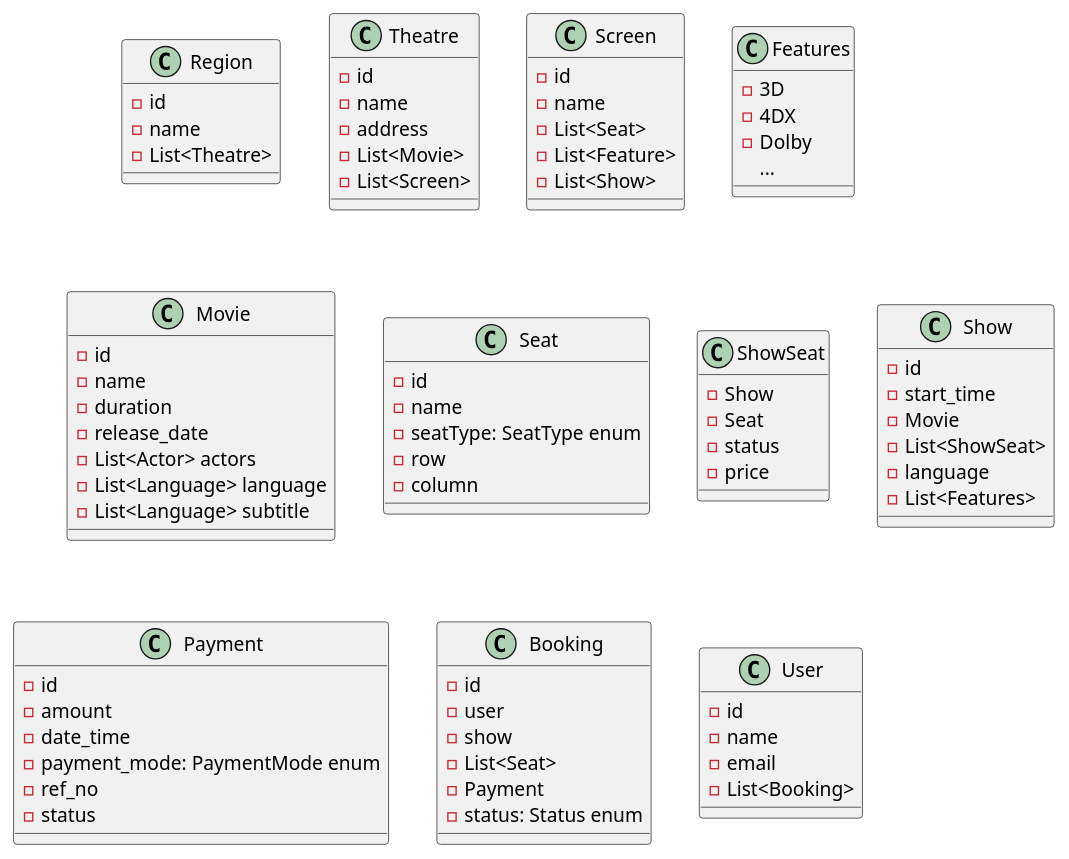
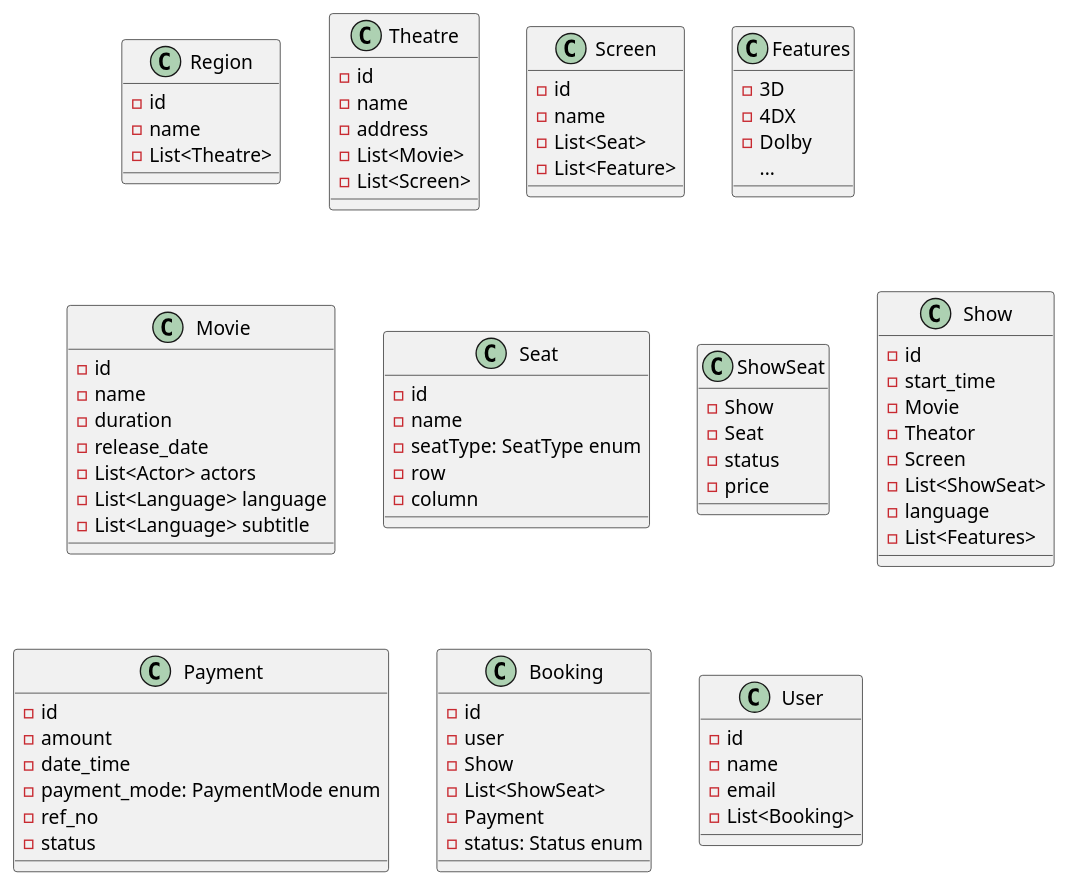
One commit to Chitlangia-Vedant/Obsidian changed the diagram in System Design/07. Book My Show.md. Above: the diagram before and after it, drawn with PlantUML. The commit also changed other lines of this file, not shown here.

Commit message:
vault backup: 2026-09-18 17:14:37

````diff
--- a/System Design/07. Book My Show.md
+++ b/System Design/07. Book My Show.md
@@ -32,81 +32,82 @@
 ```plantuml
 @startuml
 class Region{
 	-id
 	-name
 	-List<Theatre>
 }
 class Theatre{
 	-id
 	-name
 	-address
 	-List<Movie>
 	-List<Screen>
 }
 class Screen{
 	-id
 	-name
 	-List<Seat>
 	-List<Feature> 
-	-List<Show>
 }
 class Features{
 	-3D
 	-4DX
 	-Dolby
 	...
 }
 class Movie{
 	-id
 	-name
 	-duration
 	-release_date
 	-List<Actor> actors
 	-List<Language> language
 	-List<Language> subtitle
 }
 class Seat{
 	-id
 	-name
 	-seatType: SeatType enum
 	-row
 	-column
 }
 class ShowSeat{
 	-Show
 	-Seat
 	-status
 	-price
 }
 class Show{
 	-id
 	-start_time
 	-Movie
+	-Theator
+	-Screen
 	-List<ShowSeat>
 	-language
 	-List<Features>
 }
 class Payment{
 	-id
 	-amount
 	-date_time
 	-payment_mode: PaymentMode enum
 	-ref_no
 	-status
 }
 class Booking{
 	-id
 	-user
-	-show
-	-List<Seat>
+	-Show
+	-List<ShowSeat>
 	-Payment
 	-status: Status enum
 }
 class User{
 	-id
 	-name
 	-email
 	-List<Booking>
 }
 @enduml
 ```
````
